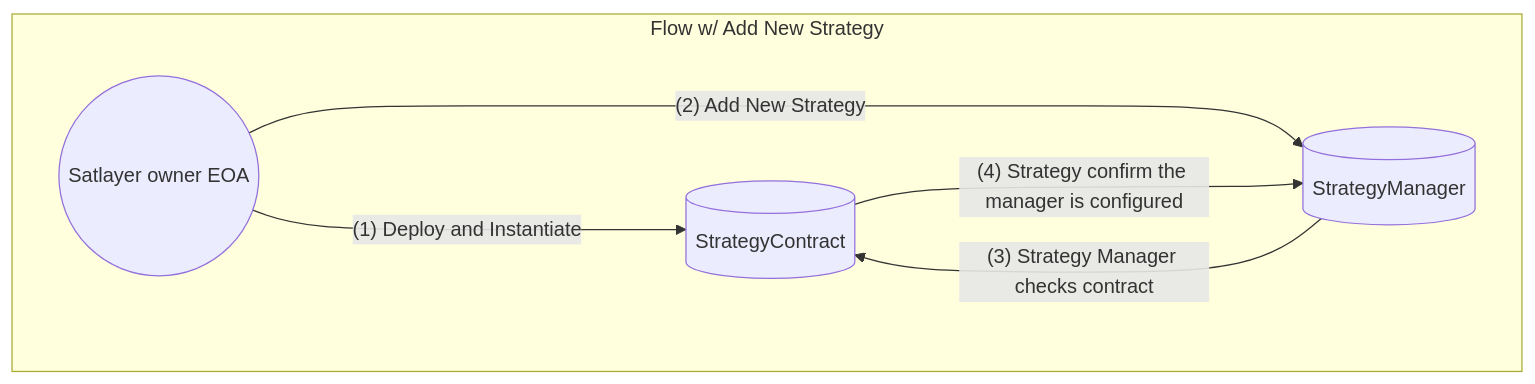
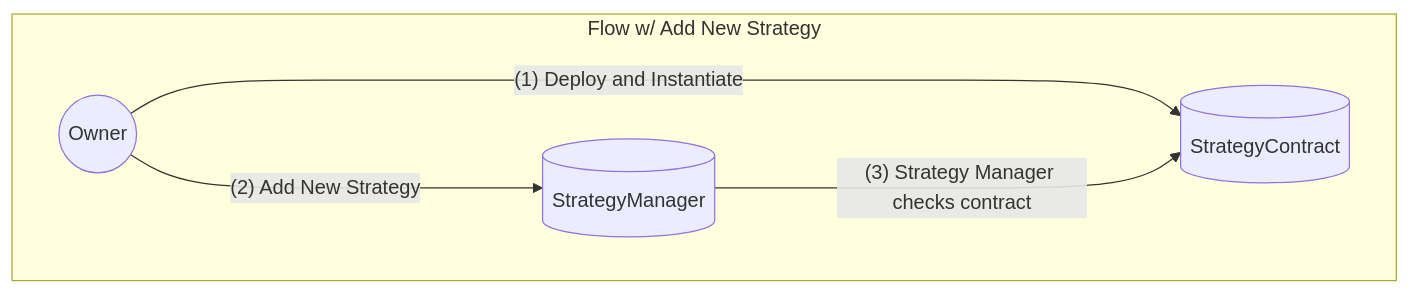
Before and after one commit to satlayer/satlayer-bvs: the first of 6 diagrams in crates/bvs-strategy-manager/README.md, drawn with Mermaid. The commit also changed other lines of this file, not shown here.

````diff
--- a/crates/bvs-strategy-manager/README.md
+++ b/crates/bvs-strategy-manager/README.md
@@ -22,13 +26,12 @@
 ```mermaid
 flowchart TD
     subgraph 1["Flow w/ Add New Strategy"]
     %% Nodes
-    1.A((Satlayer owner EOA))
-    1.B[(StrategyManager)]
-    1.C[(StrategyContract)]
-    1.A ---> |"(1) Deploy and Instantiate"| 1.C
-    1.A ---> |"(2) Add New Strategy"| 1.B
-    1.B ---> |"(3) Strategy Manager checks contract"| 1.C
-    1.C ---> |"(4) Strategy confirm the manager is configured"| 1.B
+        1.A((Owner))
+        1.B[(StrategyManager)]
+        1.C[(StrategyContract)]
+        1.A --->|" (1) Deploy and Instantiate "| 1.C
+        1.A --->|" (2) Add New Strategy "| 1.B
+        1.B --->|" (3) Strategy Manager checks contract "| 1.C
     end
 ```
````
